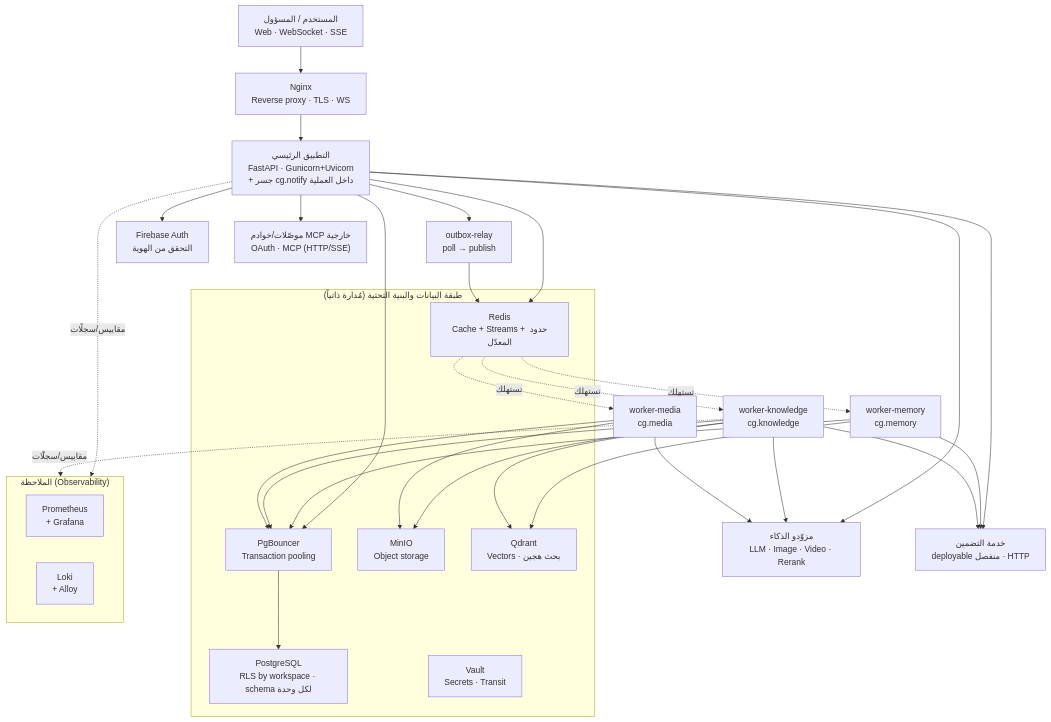
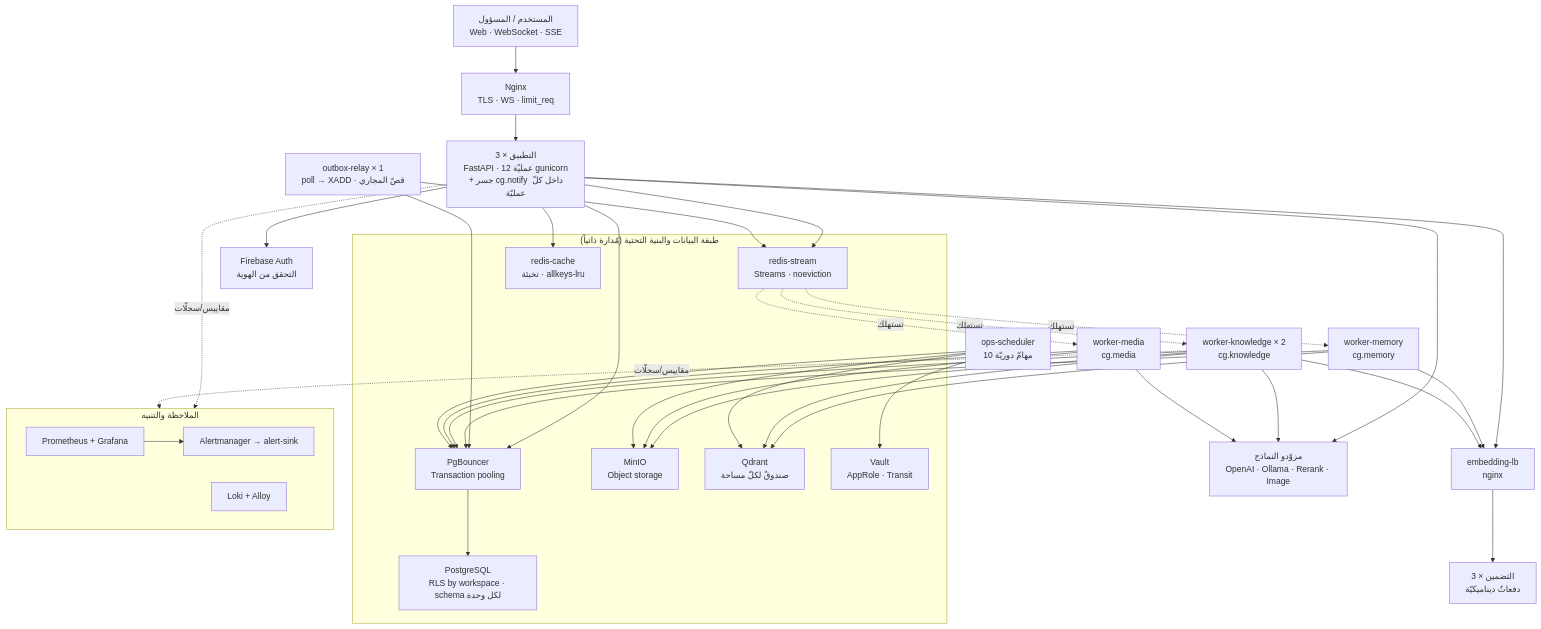
One commit to anastawahia/aizzak changed the second of 8 diagrams in docs/architecture.md. Above: the diagram before and after it, drawn with Mermaid. The commit also changed other lines of this file and 1 other file, not shown here.

First line of the commit message:
docs: sync architecture doc to current code (v2.1)

````diff
--- a/docs/architecture.md
+++ b/docs/architecture.md
@@ -148,57 +168,66 @@
 ```mermaid
 graph TD
     Client["المستخدم / المسؤول<br/>Web · WebSocket · SSE"]
-    Nginx["Nginx<br/>Reverse proxy · TLS · WS"]
-    App["التطبيق الرئيسي<br/>FastAPI · Gunicorn+Uvicorn<br/>+ جسر cg.notify داخل العملية"]
+    Nginx["Nginx<br/>TLS · WS · limit_req"]
+    App["التطبيق × 3<br/>FastAPI · 12 عمليّة gunicorn<br/>+ جسر cg.notify داخل كلّ عمليّة"]
     WM["worker-memory<br/>cg.memory"]
-    WK["worker-knowledge<br/>cg.knowledge"]
+    WK["worker-knowledge × 2<br/>cg.knowledge"]
     WD["worker-media<br/>cg.media"]
-    Relay["outbox-relay<br/>poll → publish"]
+    Relay["outbox-relay × 1<br/>poll → XADD · قصّ المجاري"]
+    Sched["ops-scheduler<br/>10 مهامّ دوريّة"]
 
     Firebase["Firebase Auth<br/>التحقق من الهوية"]
-    AI["مزوّدو الذكاء<br/>LLM · Image · Video · Rerank"]
-    Embed["خدمة التضمين<br/>deployable منفصل · HTTP"]
-    Connectors["موصّلات/خوادم MCP خارجية<br/>OAuth · MCP (HTTP/SSE)"]
+    AI["مزوّدو النماذج<br/>OpenAI · Ollama · Rerank · Image"]
+    LB["embedding-lb<br/>nginx"]
+    Embed["التضمين × 3<br/>دفعاتٌ ديناميكيّة"]
 
     subgraph data ["طبقة البيانات والبنية التحتية (مُدارة ذاتياً)"]
         PgBouncer["PgBouncer<br/>Transaction pooling"]
         Postgres["PostgreSQL<br/>RLS by workspace · schema لكل وحدة"]
-        Redis["Redis<br/>Cache + Streams + حدود المعدّل"]
+        RS["redis-stream<br/>Streams · noeviction"]
+        RC["redis-cache<br/>تخبئة · allkeys-lru"]
         MinIO["MinIO<br/>Object storage"]
-        Qdrant["Qdrant<br/>Vectors · بحث هجين"]
-        Vault["Vault<br/>Secrets · Transit"]
+        Qdrant["Qdrant<br/>صندوقٌ لكلّ مساحة"]
+        Vault["Vault<br/>AppRole · Transit"]
         PgBouncer --> Postgres
     end
 
-    subgraph obs ["الملاحظة (Observability)"]
-        Prom["Prometheus<br/>+ Grafana"]
-        Loki["Loki<br/>+ Alloy"]
+    subgraph obs ["الملاحظة والتنبيه"]
+        Prom["Prometheus + Grafana"]
+        AM["Alertmanager → alert-sink"]
+        Loki["Loki + Alloy"]
     end
 
     Client --> Nginx
     Nginx --> App
     App --> Firebase
     App --> AI
-    App --> Embed
-    App --> Connectors
-    App --> Redis
+    App --> LB
+    LB --> Embed
     App --> PgBouncer
-    App --> Relay
-    Redis -. تستهلك .-> WM
-    Redis -. تستهلك .-> WK
-    Redis -. تستهلك .-> WD
-    Relay --> Redis
-    WM --> Embed
-    WK --> Embed
+    App --> RS
+    App --> RC
+    Relay --> PgBouncer
+    Relay --> RS
+    RS -. تستهلك .-> WM
+    RS -. تستهلك .-> WK
+    RS -. تستهلك .-> WD
+    WM --> LB
+    WK --> LB
     WK --> AI
     WD --> AI
     WM --> PgBouncer
     WK --> PgBouncer
     WD --> PgBouncer
     WM --> Qdrant
     WK --> Qdrant
     WK --> MinIO
     WD --> MinIO
+    Sched --> PgBouncer
+    Sched --> MinIO
+    Sched --> Qdrant
+    Sched --> Vault
+    Prom --> AM
     App -. مقاييس/سجلّات .-> obs
     WK -. مقاييس/سجلّات .-> obs
 ```
````
